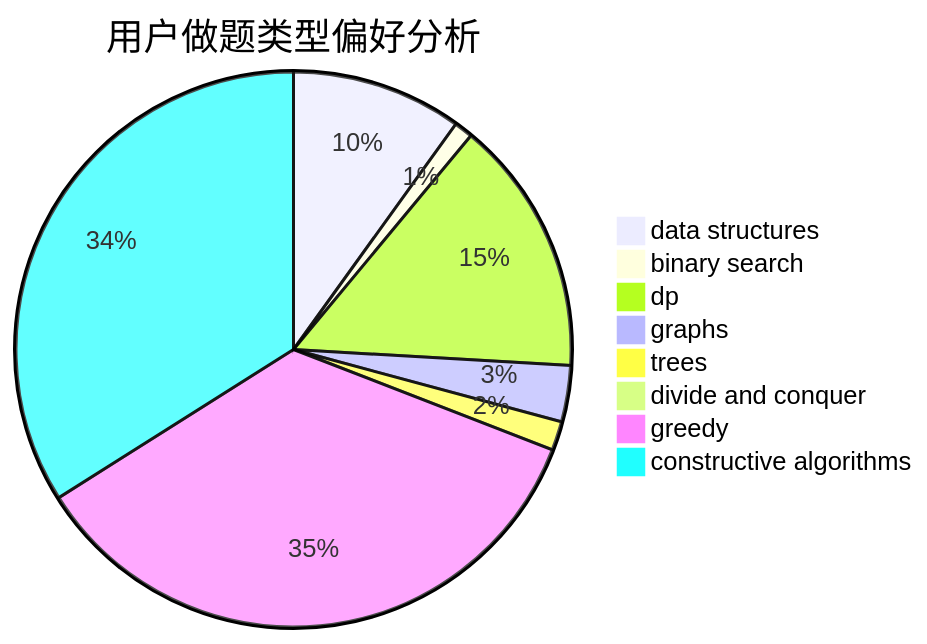
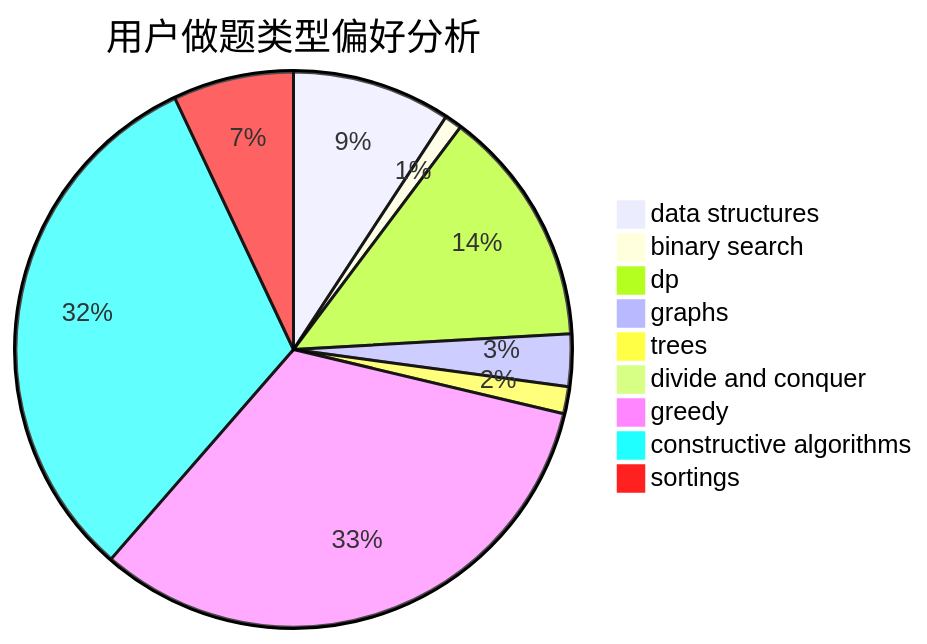
One commit to sherpahu/cfrs.github.io changed the second of 3 diagrams in docs/user/u837.md. Above: the diagram before and after it, drawn with Mermaid. The commit also changed other lines of this file and 2769 other files, not shown here.

````diff
--- a/docs/user/u837.md
+++ b/docs/user/u837.md
@@ -23,11 +18,12 @@
 ```mermaid
 pie title 用户做题类型偏好分析
     "data structures" :  100
     "binary search" :  11
     "dp" :  150
     "graphs" :  33
     "trees" :  17
     "divide and conquer" :  2
     "greedy" :  354
     "constructive algorithms" :  342
+    "sortings" :  76
 ```
````
